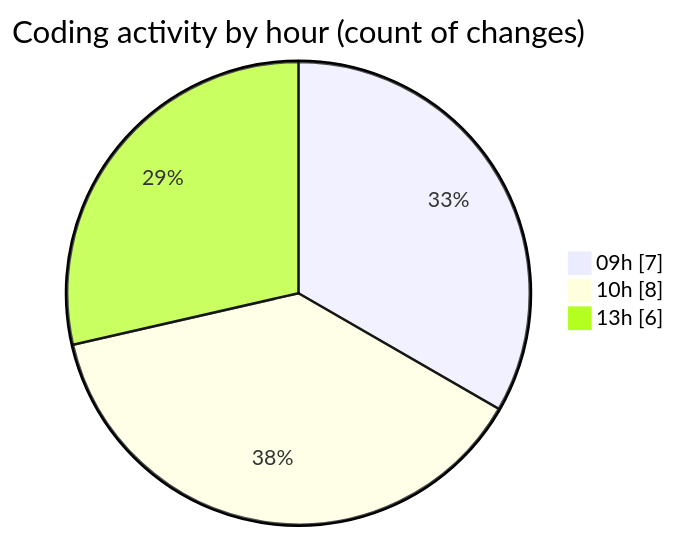
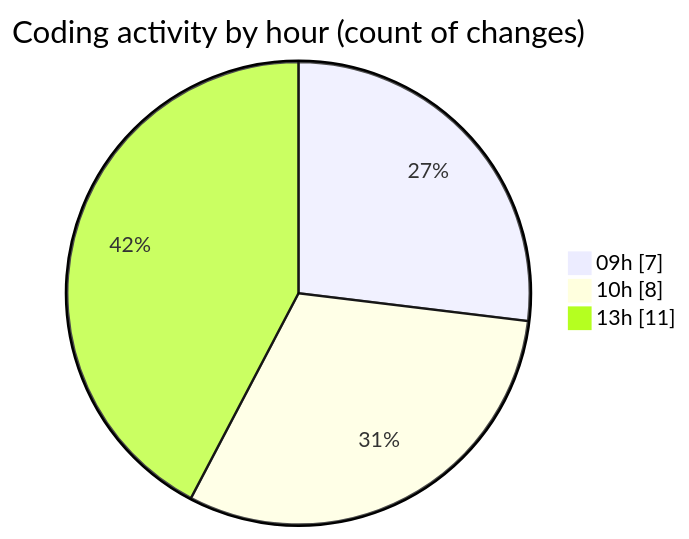
Before and after one commit to momahboobian/code-tracking: the second of 2 diagrams in 2025-11-07/cda/README.md, drawn with Mermaid. The commit also changed other lines of this file and 1 other file, not shown here.

````diff
--- a/2025-11-07/cda/README.md
+++ b/2025-11-07/cda/README.md
@@ -35,7 +37,7 @@
 ```mermaid
 pie showData
 title Coding activity by hour (count of changes)
 "09h" : 7
 "10h" : 8
-"13h" : 6
+"13h" : 11
 ```
````
